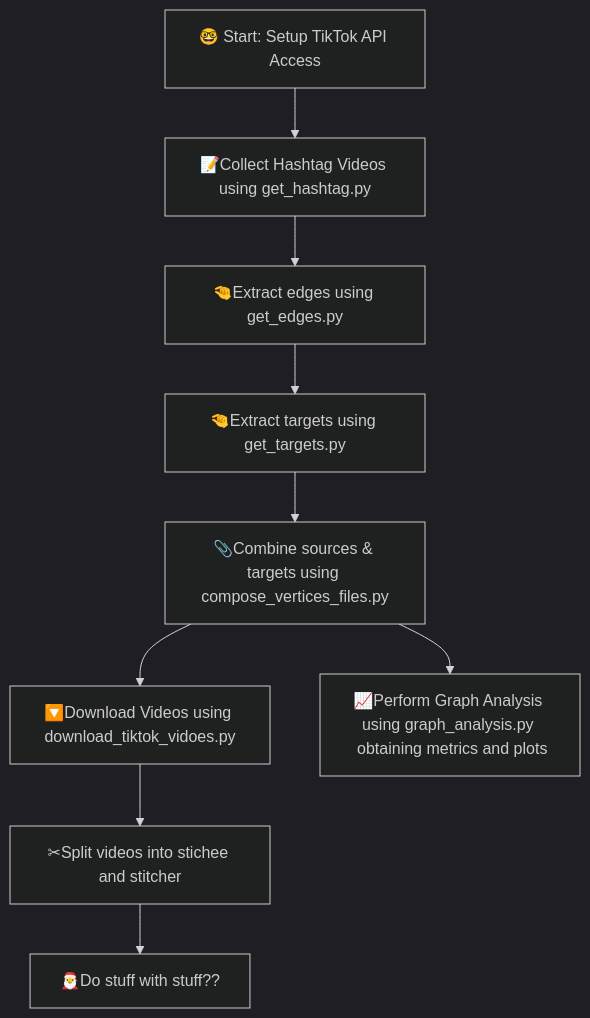
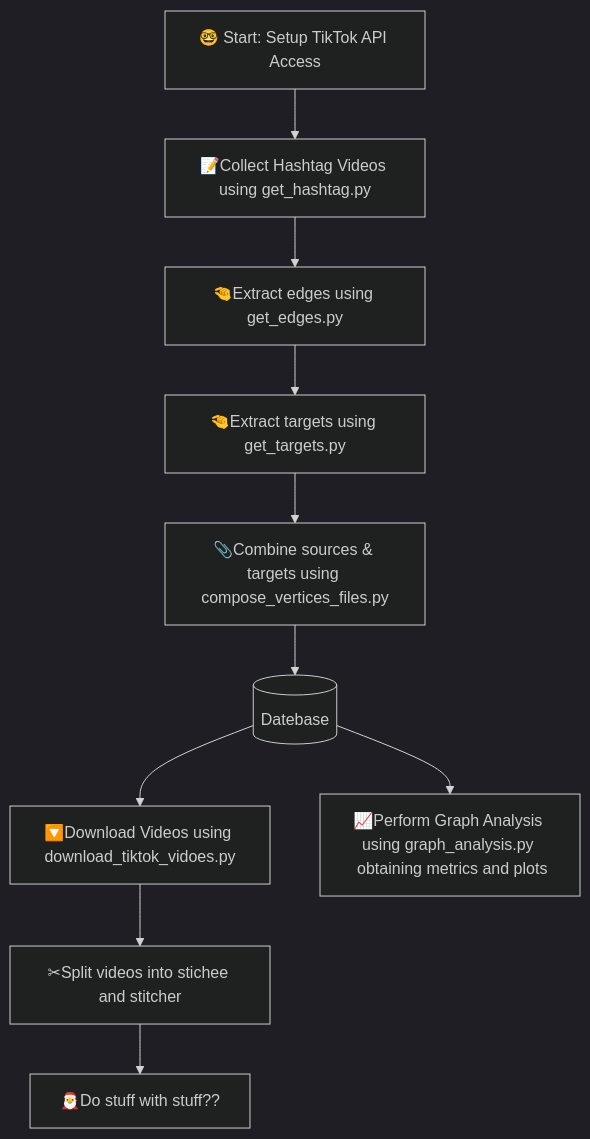
Before and after one commit to Marcus-Friis/thesis: the diagram in README.md, drawn with Mermaid.

````diff
--- a/README.md
+++ b/README.md
@@ -11,23 +11,24 @@
 ```mermaid
 %%{init: {'theme': 'dark', 'themeVariables': { 'primaryColor': '#4f98ca', 'edgeLabelBackground':'#2b2b2b', 'nodeTextColor': '#ffffff', 'background': '#1e1e1e'}}}%%
 
 %%{init: {'theme': 'dark', 'themeVariables': { 'primaryColor': '#4f98ca', 'edgeLabelBackground':'#2b2b2b', 'nodeTextColor': '#ffffff', 'background': '#1e1e1e'}}}%%
 
 graph TD
     A[🤓 Start: Setup TikTok API Access ] --> B[📝Collect Hashtag Videos using get_hashtag.py]
     click A href "https://github.com/Marcus-Friis/thesis/tree/cleanup?tab=readme-ov-file#tiktok-api" "click A"
     click B href "https://github.com/Marcus-Friis/thesis/tree/cleanup?tab=readme-ov-file#get-hashtag-stitches" "hi"
 
 
     B --> C[🤏Extract edges using get_edges.py]
     C --> D[🤏Extract targets using get_targets.py]
     D --> G[📎Combine sources & targets using compose_vertices_files.py]
-    G -->  E[🔽Download Videos using download_tiktok_vidoes.py]
-    G -->  H[📈Perform Graph Analysis using graph_analysis.py <br> obtaining metrics and plots]
+    G --> P[(Datebase)]
+    P -->  E[🔽Download Videos using download_tiktok_vidoes.py]
+    P -->  H[📈Perform Graph Analysis using graph_analysis.py <br> obtaining metrics and plots]
     E --> J[✂Split videos into stichee and stitcher]
     J --> I[🎅Do stuff with stuff??]
 
     click A href "https://github.com/Marcus-Friis/thesis/tree/cleanup?tab=readme-ov-file#tiktok-api" "click A"
 
     click B href "https://github.com/Marcus-Friis/thesis/tree/cleanup?tab=readme-ov-file#get-hashtag-stitches" "hi"
 ```
````
